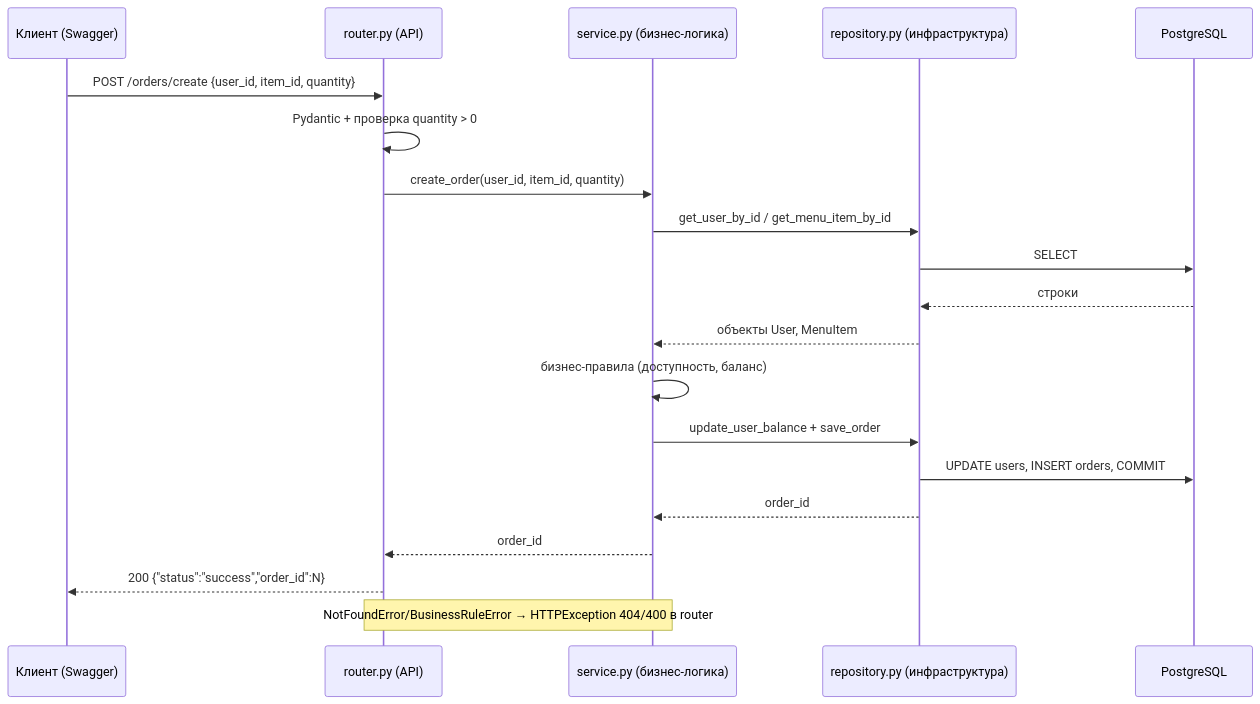
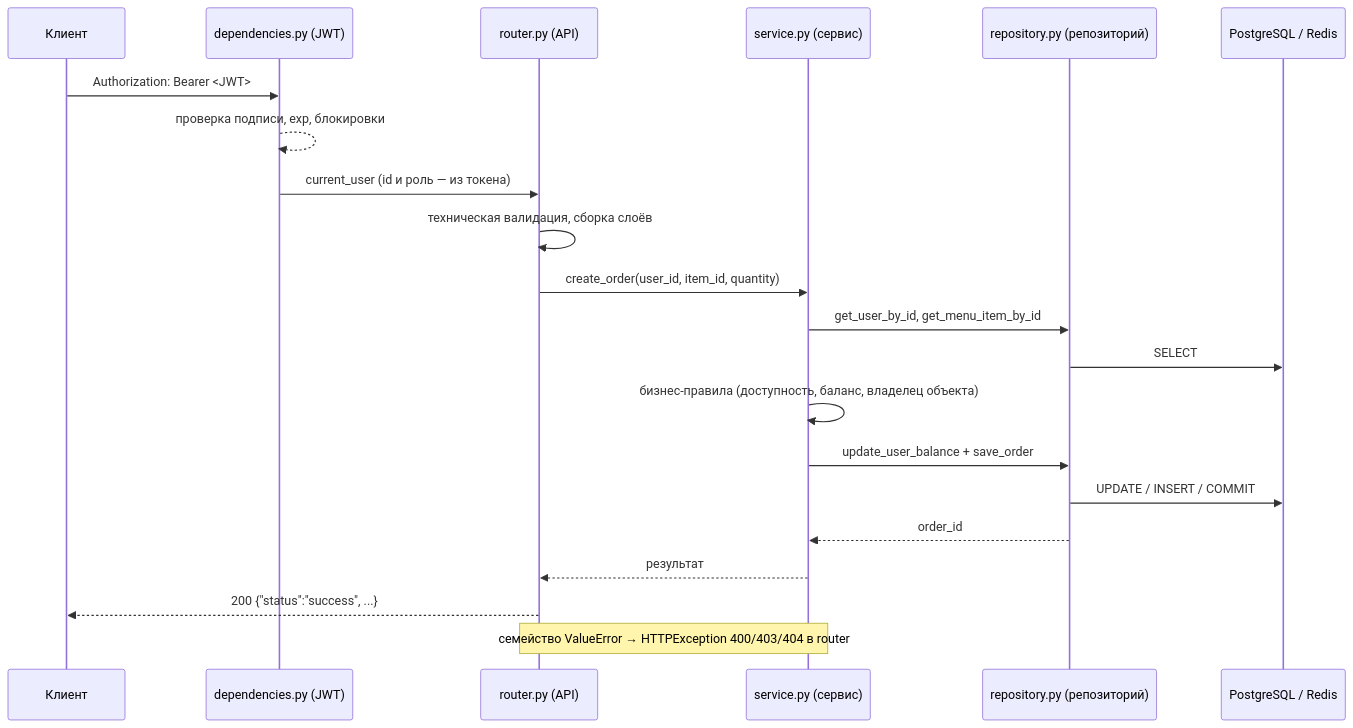
Before and after one commit to ArrrinaY/sirius-food-lab10: the diagram in README.md, drawn with Mermaid. The commit also changed other lines of this file and 3 other files, not shown here.

````diff
--- a/README.md
+++ b/README.md
@@ -38,23 +49,24 @@
 ```mermaid
 sequenceDiagram
-    participant C as Клиент (Swagger)
+    participant C as Клиент
+    participant D as dependencies.py (JWT)
     participant R as router.py (API)
-    participant S as service.py (бизнес-логика)
-    participant P as repository.py (инфраструктура)
-    participant D as PostgreSQL
+    participant S as service.py (сервис)
+    participant P as repository.py (репозиторий)
+    participant B as PostgreSQL / Redis
 
-    C->>R: POST /orders/create {user_id, item_id, quantity}
-    R->>R: Pydantic + проверка quantity > 0
+    C->>D: Authorization: Bearer <JWT>
+    D-->>D: проверка подписи, exp, блокировки
+    D->>R: current_user (id и роль — из токена)
+    R->>R: техническая валидация, сборка слоёв
     R->>S: create_order(user_id, item_id, quantity)
-    S->>P: get_user_by_id / get_menu_item_by_id
-    P->>D: SELECT
-    D-->>P: строки
-    P-->>S: объекты User, MenuItem
-    S->>S: бизнес-правила (доступность, баланс)
+    S->>P: get_user_by_id, get_menu_item_by_id
+    P->>B: SELECT
+    S->>S: бизнес-правила (доступность, баланс, владелец объекта)
     S->>P: update_user_balance + save_order
-    P->>D: UPDATE users, INSERT orders, COMMIT
+    P->>B: UPDATE / INSERT / COMMIT
     P-->>S: order_id
-    S-->>R: order_id
-    R-->>C: 200 {"status":"success","order_id":N}
-    Note over S,R: NotFoundError/BusinessRuleError → HTTPException 404/400 в router
+    S-->>R: результат
+    R-->>C: 200 {"status":"success", ...}
+    Note over S,R: семейство ValueError → HTTPException 400/403/404 в router
 ```
````
